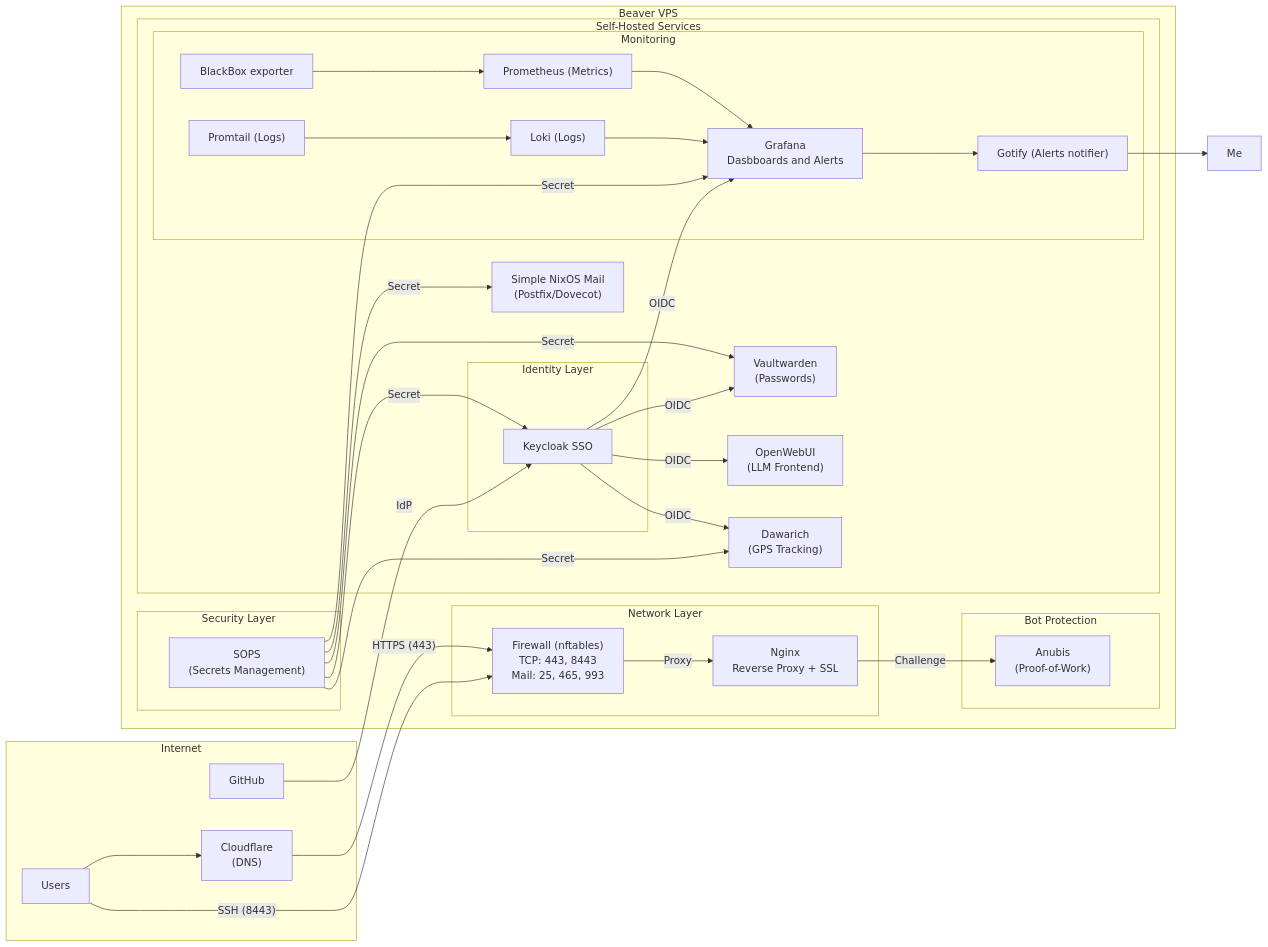
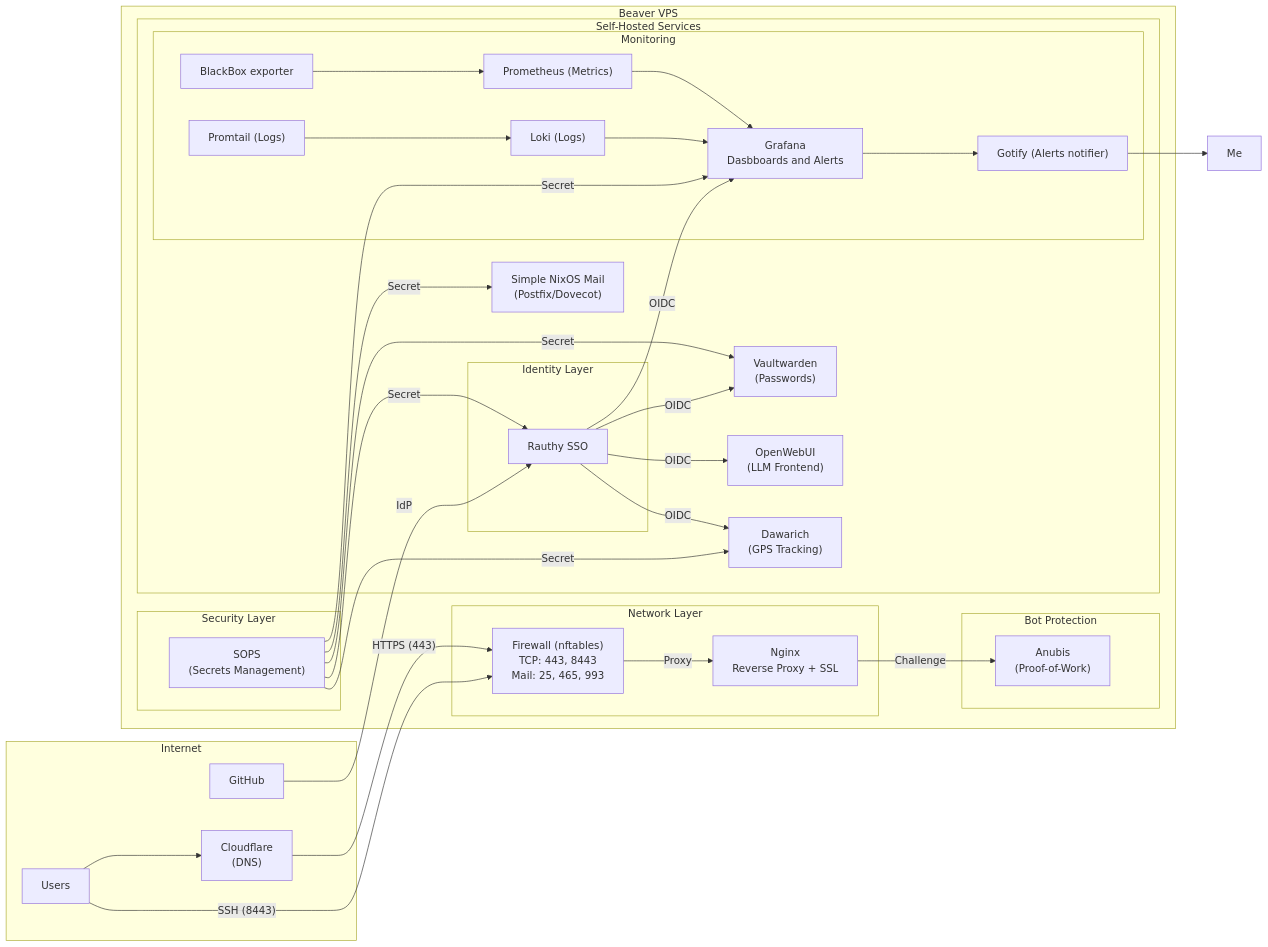
Before and after one commit to JustAlternate/nixcfg: the diagram in README.md, drawn with Mermaid. The commit also changed other lines of this file and 2 other files, not shown here.

Commit message:
docs: sync README and runbooks after keycloak → rauthy migration

````diff
--- a/README.md
+++ b/README.md
@@ -35,81 +35,81 @@
 ```mermaid
 flowchart LR
     Me["Me"]
     subgraph Internet["Internet"]
         Users["Users"]
         GitHub["GitHub"]
         Cloudflare["Cloudflare<br/>(DNS)"]
     end
 
     subgraph Beaver["Beaver VPS"]
         
         subgraph Network["Network Layer"]
             Firewall["Firewall (nftables)<br/>TCP: 443, 8443<br/>Mail: 25, 465, 993"]
             Nginx["Nginx<br/>Reverse Proxy + SSL"]
         end
 
         subgraph AntiBot["Bot Protection"]
             Anubis["Anubis<br/>(Proof-of-Work)"]
         end
 
         subgraph Security["Security Layer"]
             Sops["SOPS<br/>(Secrets Management)"]
         end
 
         subgraph Services["Self-Hosted Services"]
             Vaultwarden["Vaultwarden<br/>(Passwords)"]
             OpenWebUI["OpenWebUI<br/>(LLM Frontend)"]
             Mail["Simple NixOS Mail<br/>(Postfix/Dovecot)"]
             Dawarich["Dawarich<br/>(GPS Tracking)"]
 
             subgraph Monitoring["Monitoring"]
                 Gotify["Gotify (Alerts notifier)"]
                 BlackBox["BlackBox exporter"]
                 Promtail["Promtail (Logs)"]
                 Loki["Loki (Logs)"]
                 Prometheus["Prometheus (Metrics)"]
                 Grafana["Grafana<br/>Dasbboards and Alerts"]
             end
 
             subgraph Auth["Identity Layer"]
-                Keycloak["Keycloak SSO<br/>"]
+                Rauthy["Rauthy SSO<br/>"]
             end
         end
     end
 
     %% External Traffic
     Users --> Cloudflare
     Cloudflare -->|"HTTPS (443)"| Firewall
     Users -->|"SSH (8443)"| Firewall
 
     %% Internal Routing
     Firewall -->|"Proxy"| Nginx
     Nginx -->|"Challenge"| Anubis
 
     %% Monitoring Flow
     BlackBox --> Prometheus
     Prometheus --> Grafana
     Promtail --> Loki
     Loki --> Grafana
 
     Sops -->|"Secret"| Grafana
 
-    Keycloak -->|"OIDC"| Grafana
+    Rauthy -->|"OIDC"| Grafana
 
     Sops -->|"Secret"| Vaultwarden
     Sops -->|"Secret"| Mail
-    Sops -->|"Secret"| Keycloak
+    Sops -->|"Secret"| Rauthy
 
-    GitHub -->|"IdP"| Keycloak
+    GitHub -->|"IdP"| Rauthy
 
     %% Auth Flow
-    Keycloak -->|"OIDC"| OpenWebUI
-    Keycloak -->|"OIDC"| Dawarich
-    Keycloak -->|"OIDC"| Vaultwarden
+    Rauthy -->|"OIDC"| OpenWebUI
+    Rauthy -->|"OIDC"| Dawarich
+    Rauthy -->|"OIDC"| Vaultwarden
 
     Sops -->|"Secret"| Dawarich
 
     Grafana --> Gotify
     Gotify --> Me
 
 ```
````
